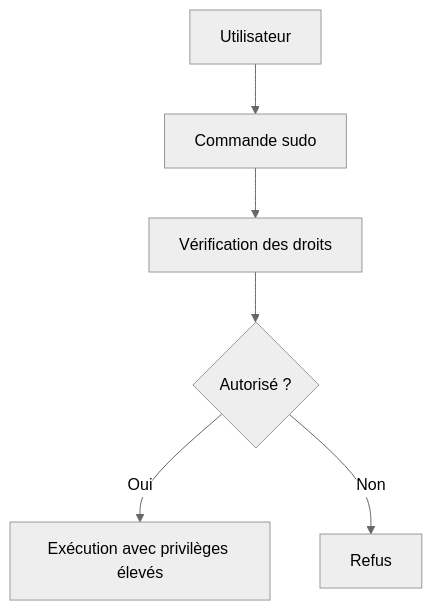
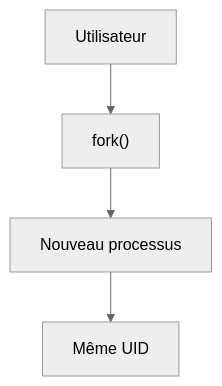
One commit to tdelaclos/formations changed the seventh of 21 diagrams in campagne 1/1.7.md. Above: the diagram before and after it, drawn with Mermaid (neutral theme). The commit also changed other lines of this file, not shown here.

````diff
--- a/campagne 1/1.7.md
+++ b/campagne 1/1.7.md
@@ -149,21 +328,15 @@
 ```mermaid
 flowchart TD
 
 A["Utilisateur"]
 
-B["Commande sudo"]
+B["fork()"]
 
-C["Vérification des droits"]
+C["Nouveau processus"]
 
-D{"Autorisé ?"}
-
-E["Exécution avec privilèges élevés"]
-
-F["Refus"]
+D["Même UID"]
 
 A --> B
 B --> C
 C --> D
-D -->|Oui| E
-D -->|Non| F
 ```
````
